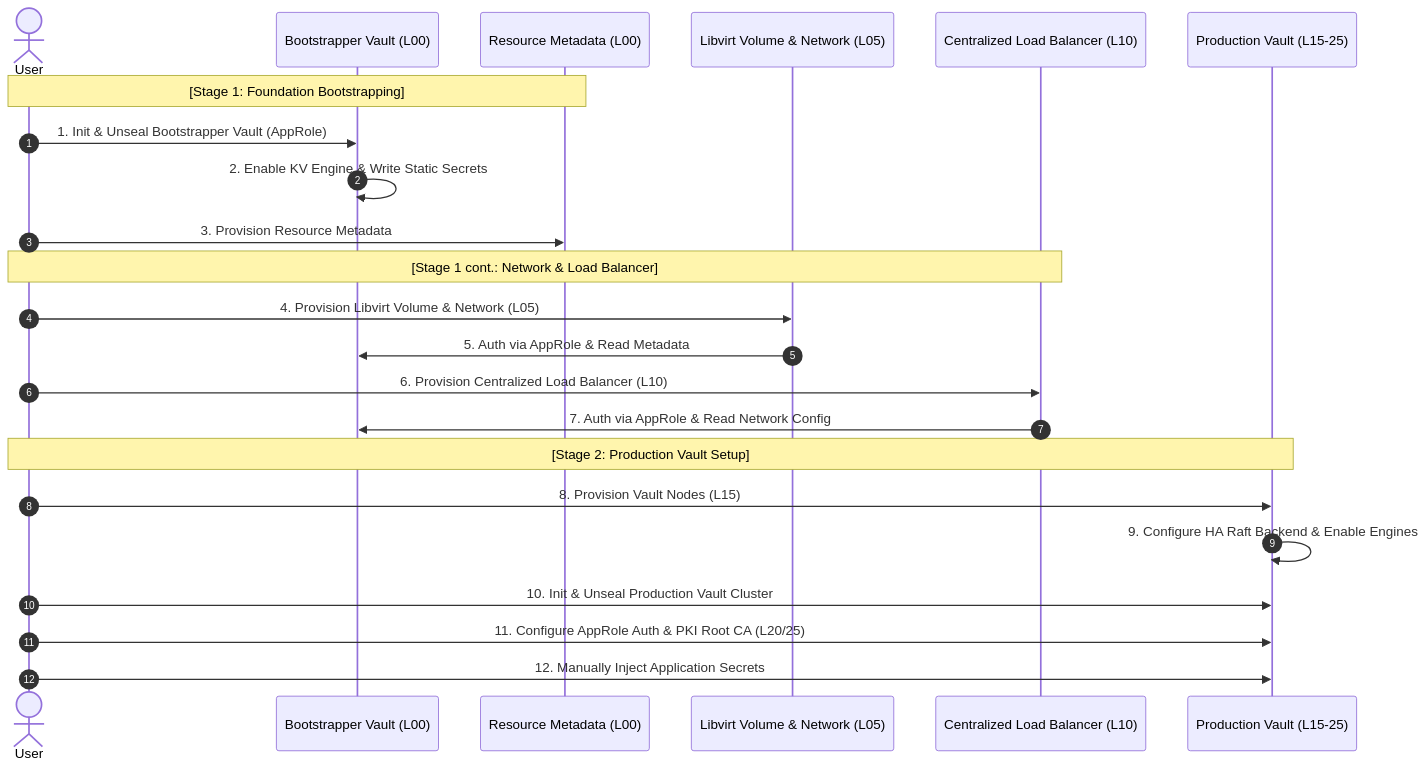
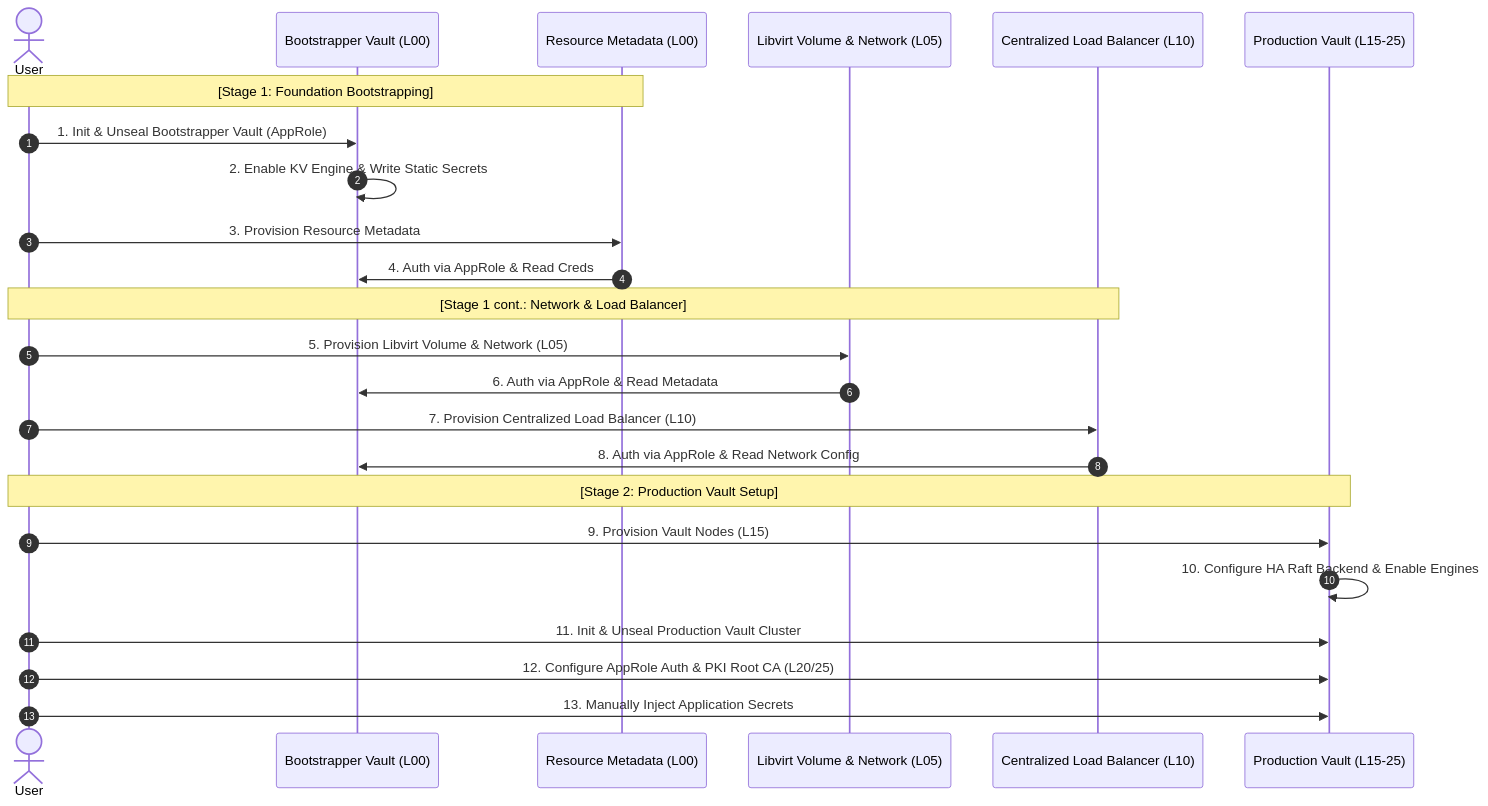
Before and after one commit to csning1998/on-premise-gitlab-deployment: the first of 2 diagrams in README-zh-TW.md, drawn with Mermaid. The commit also changed other lines of this file and 1 other file, not shown here.

Commit message:
docs: fix typos and formatting in README files

````diff
--- a/README-zh-TW.md
+++ b/README-zh-TW.md
@@ -784,28 +784,29 @@
     ```mermaid
     sequenceDiagram
         autonumber
         actor User
         participant Boot as Bootstrapper Vault (L00)
         participant Meta as Resource Metadata (L00)
         participant LV as Libvirt Volume & Network (L05)
         participant LB as Centralized Load Balancer (L10)
         participant Prod as Production Vault (L15-25)
 
         Note over User, Meta: [Stage 1: Foundation Bootstrapping]
         User->>Boot: 1. Init & Unseal Bootstrapper Vault (AppRole)
         Boot->>Boot: 2. Enable KV Engine & Write Static Secrets
         User->>Meta: 3. Provision Resource Metadata
+        Meta->>Boot: 4. Auth via AppRole & Read Creds
 
         Note over User, LB: [Stage 1 cont.: Network & Load Balancer]
-        User->>LV: 4. Provision Libvirt Volume & Network (L05)
-        LV->>Boot: 5. Auth via AppRole & Read Metadata
-        User->>LB: 6. Provision Centralized Load Balancer (L10)
-        LB->>Boot: 7. Auth via AppRole & Read Network Config
+        User->>LV: 5. Provision Libvirt Volume & Network (L05)
+        LV->>Boot: 6. Auth via AppRole & Read Metadata
+        User->>LB: 7. Provision Centralized Load Balancer (L10)
+        LB->>Boot: 8. Auth via AppRole & Read Network Config
 
         Note over User, Prod: [Stage 2: Production Vault Setup]
-        User->>Prod: 8. Provision Vault Nodes (L15)
-        Prod->>Prod: 9. Configure HA Raft Backend & Enable Engines
-        User->>Prod: 10. Init & Unseal Production Vault Cluster
-        User->>Prod: 11. Configure AppRole Auth & PKI Root CA (L20/25)
-        User->>Prod: 12. Manually Inject Application Secrets
+        User->>Prod: 9. Provision Vault Nodes (L15)
+        Prod->>Prod: 10. Configure HA Raft Backend & Enable Engines
+        User->>Prod: 11. Init & Unseal Production Vault Cluster
+        User->>Prod: 12. Configure AppRole Auth & PKI Root CA (L20/25)
+        User->>Prod: 13. Manually Inject Application Secrets
     ```
````
